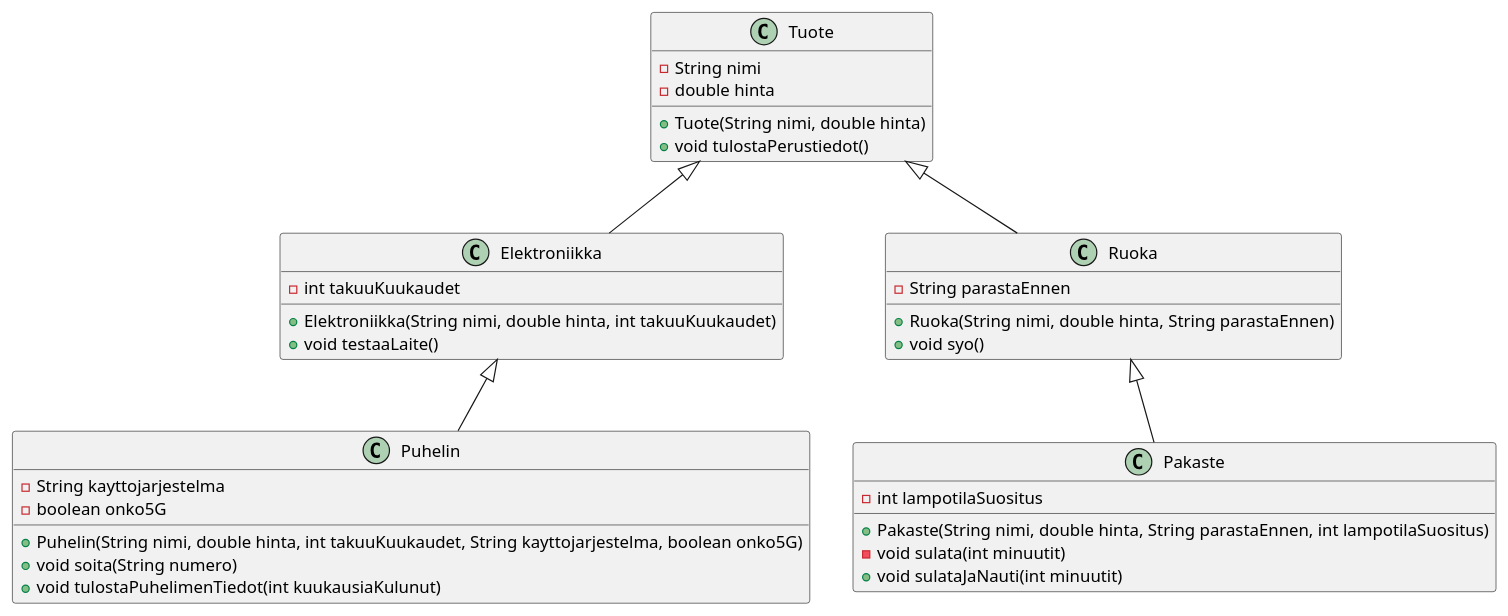
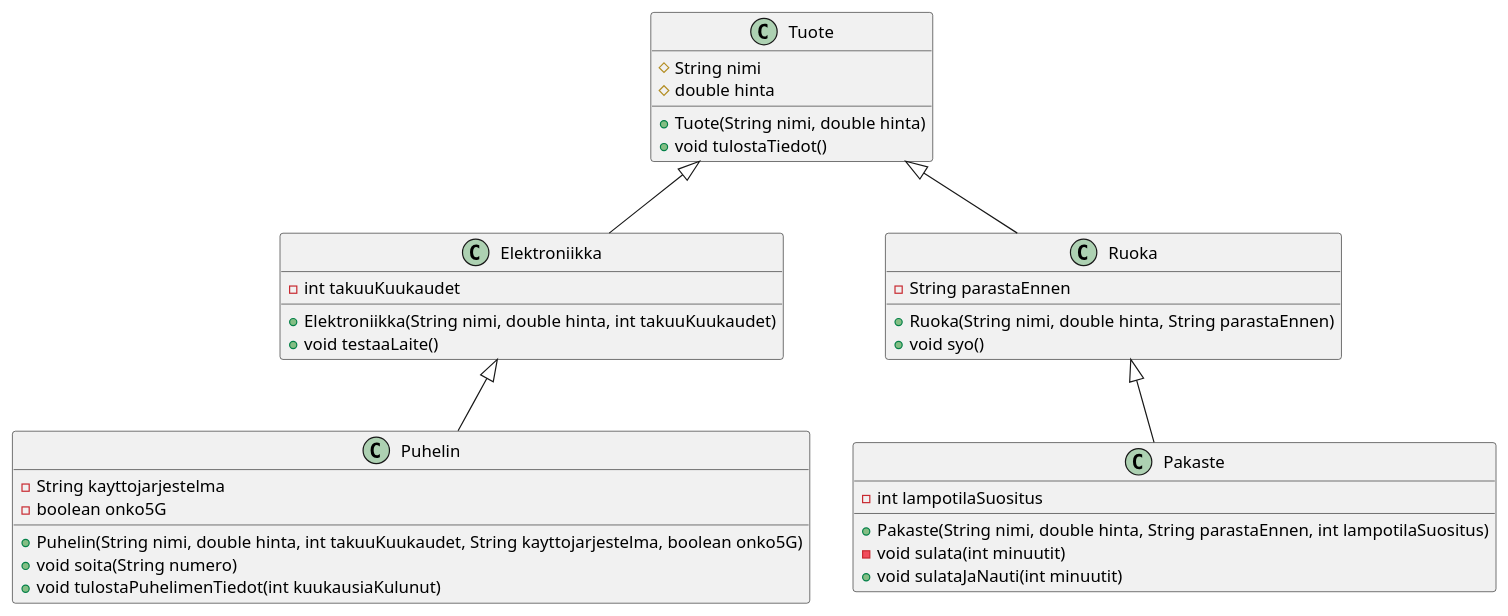
The diagram in src/exercises/3-3-verkkokauppa-3/handout.md (ISEAI-JYU/Programming-2), drawn with PlantUML before and after one commit. The commit also changed 2 other files, not shown here.

Commit message:
Fixed ex3.3 UML wording

````diff
--- a/src/exercises/3-3-verkkokauppa-3/handout.md
+++ b/src/exercises/3-3-verkkokauppa-3/handout.md
@@ -79,37 +79,37 @@
 ```plantuml
 @startuml
 class Tuote {
-    -String nimi
-    -double hinta
+    #String nimi
+    #double hinta
     +Tuote(String nimi, double hinta)
-    +void tulostaPerustiedot()
+    +void tulostaTiedot()
 }
 class Elektroniikka {
     -int takuuKuukaudet
     +Elektroniikka(String nimi, double hinta, int takuuKuukaudet)
     +void testaaLaite()
 }
 class Ruoka {
     -String parastaEnnen
     +Ruoka(String nimi, double hinta, String parastaEnnen)
     +void syo()
 }
 class Puhelin {
     -String kayttojarjestelma
     -boolean onko5G
     +Puhelin(String nimi, double hinta, int takuuKuukaudet, String kayttojarjestelma, boolean onko5G)
     +void soita(String numero)
     +void tulostaPuhelimenTiedot(int kuukausiaKulunut)
 }
 class Pakaste {
     -int lampotilaSuositus
     +Pakaste(String nimi, double hinta, String parastaEnnen, int lampotilaSuositus)
     -void sulata(int minuutit)
     +void sulataJaNauti(int minuutit)
 }
 Tuote <|-- Elektroniikka
 Tuote <|-- Ruoka
 Elektroniikka <|-- Puhelin
 Ruoka <|-- Pakaste
 @enduml
 ```
````
